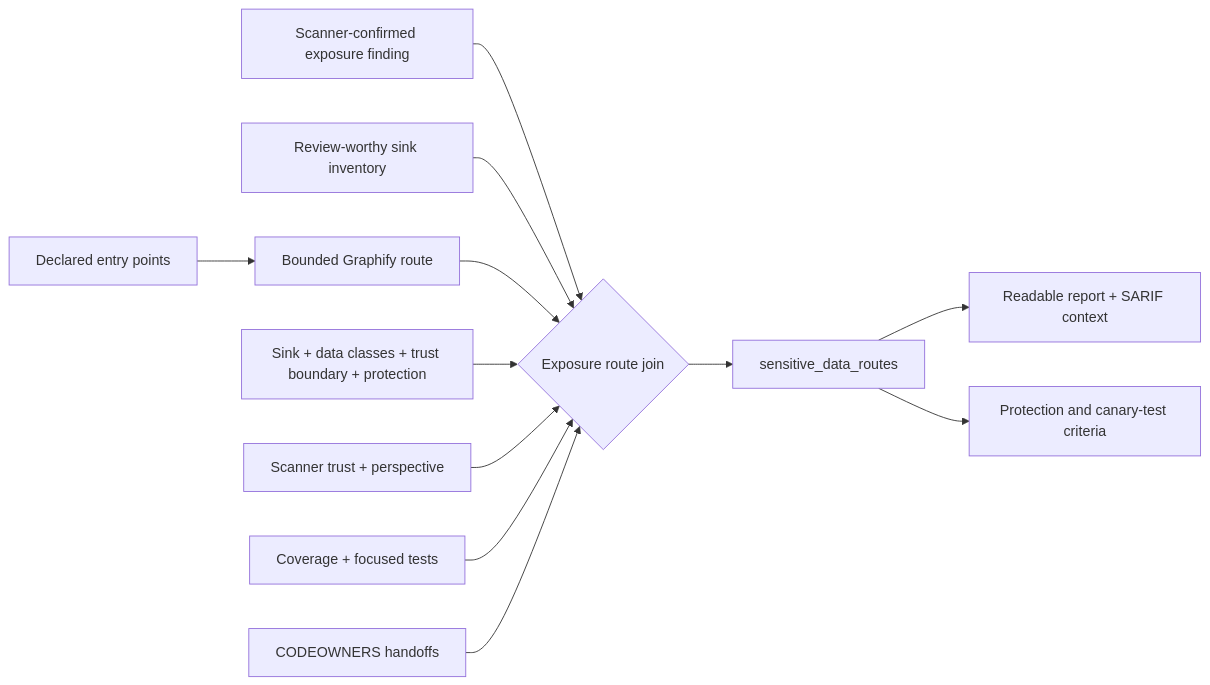
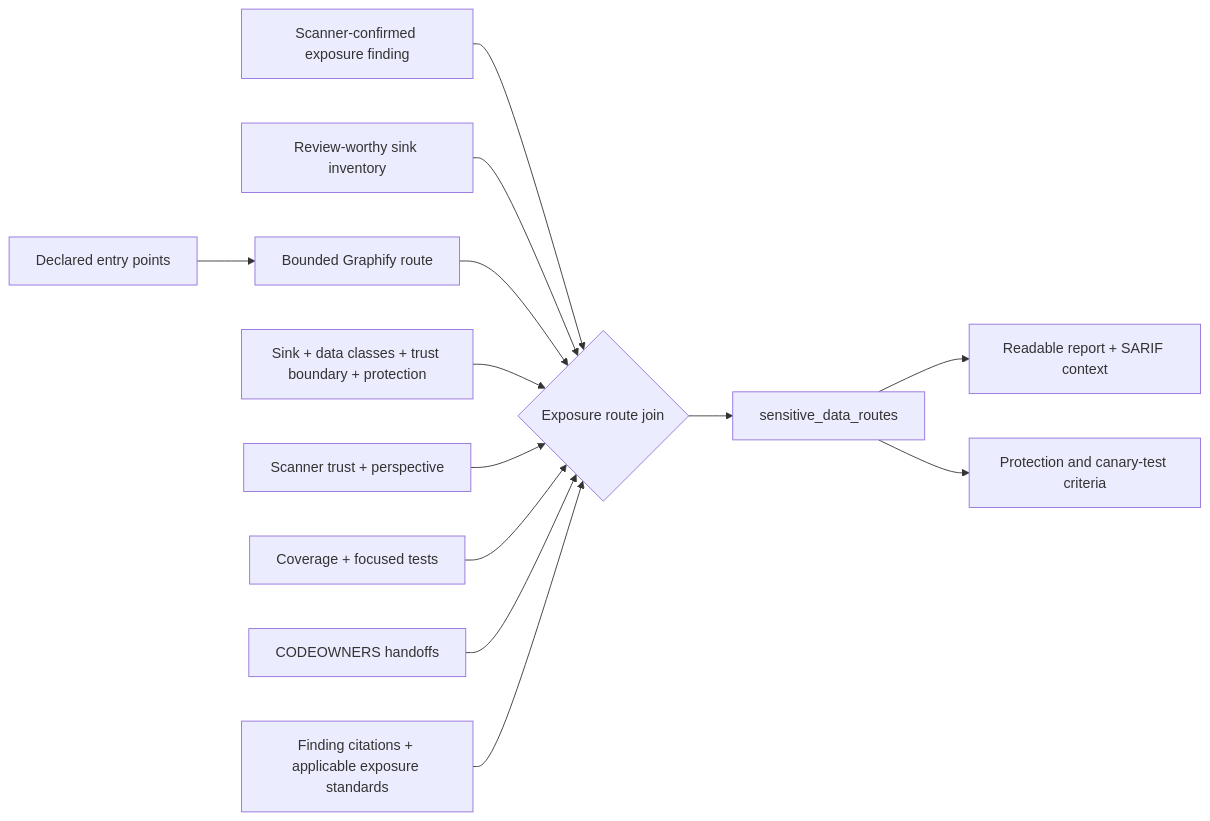
One commit to willtran87/project-py-security-suite changed the seventh of 12 diagrams in docs/risk-paths.md. Above: the diagram before and after it, drawn with Mermaid. The commit also changed other lines of this file and 10 other files, not shown here.

````diff
--- a/docs/risk-paths.md
+++ b/docs/risk-paths.md
@@ -305,14 +305,15 @@
 ```mermaid
 flowchart LR
     Entry["Declared entry points"] --> Route["Bounded Graphify route"]
     Finding["Scanner-confirmed exposure finding"] --> Join{"Exposure route join"}
     Inventory["Review-worthy sink inventory"] --> Join
     Route --> Join
     Boundary["Sink + data classes + trust boundary + protection"] --> Join
     Assurance["Scanner trust + perspective"] --> Join
     Validation["Coverage + focused tests"] --> Join
     Owners["CODEOWNERS handoffs"] --> Join
+    Citations["Finding citations + applicable exposure standards"] --> Join
     Join --> Ledger["sensitive_data_routes"]
     Ledger --> Report["Readable report + SARIF context"]
     Ledger --> Closure["Protection and canary-test criteria"]
 ```
````
